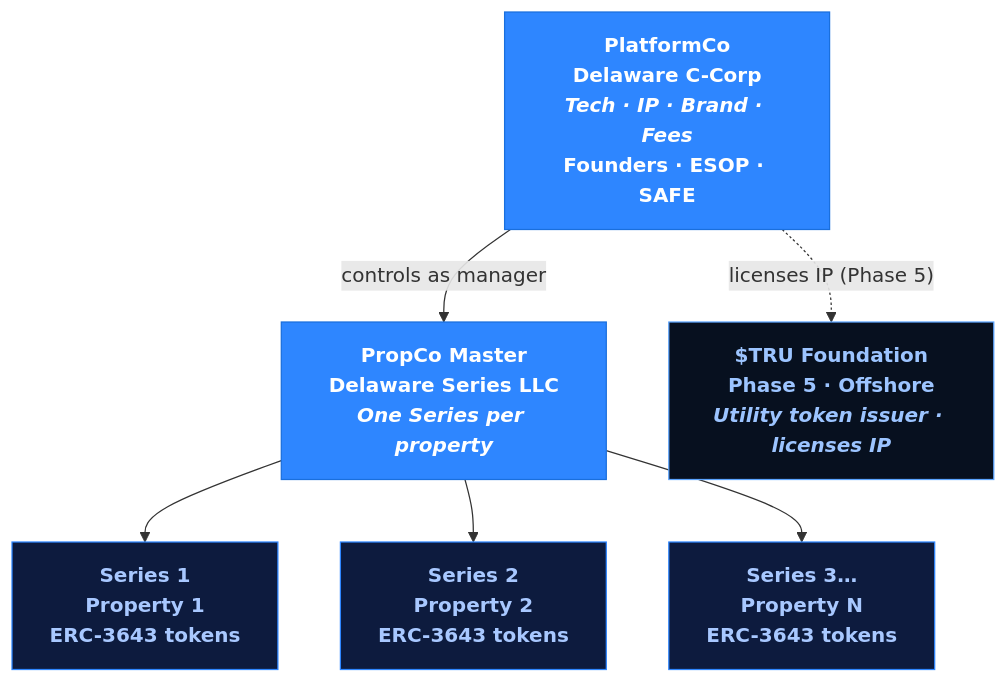
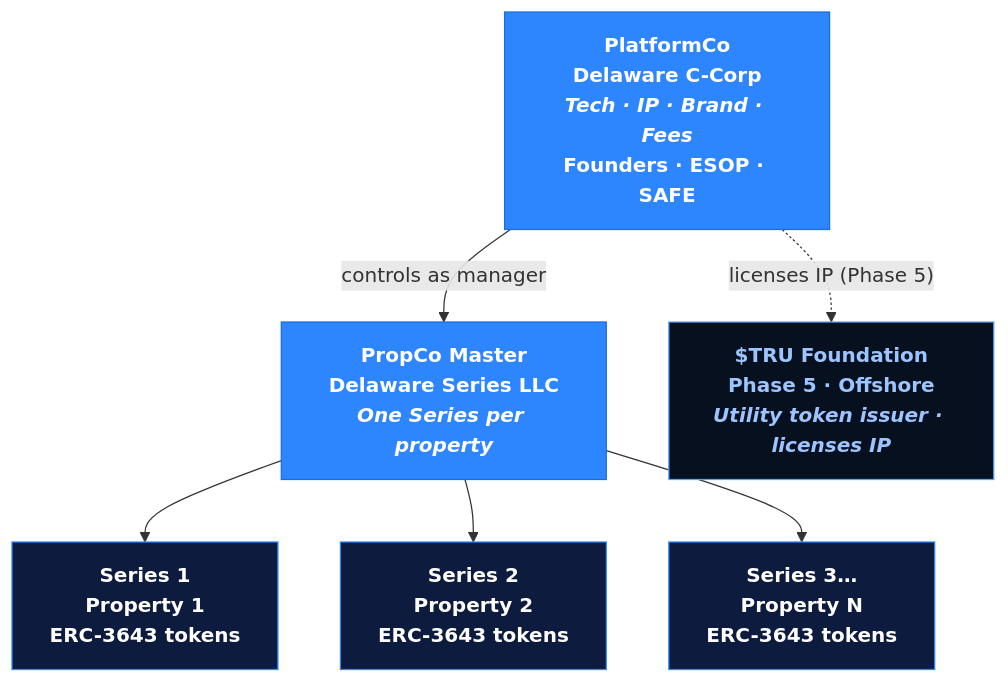
The diagram in docs/corporate-structure.md (Gur-noor/Property-United), drawn with Mermaid before and after one commit. The commit also changed other lines of this file and 14 other files, not shown here.

````diff
--- a/docs/corporate-structure.md
+++ b/docs/corporate-structure.md
@@ -11,22 +11,22 @@
 ```mermaid
 flowchart TD
     P["<b>PlatformCo</b><br/>Delaware C-Corp<br/><i>Tech · IP · Brand · Fees</i><br/>Founders · ESOP · SAFE"]
     M["<b>PropCo Master</b><br/>Delaware Series LLC<br/><i>One Series per property</i>"]
     S1["<b>Series 1</b><br/>Property 1<br/>ERC-3643 tokens"]
     S2["<b>Series 2</b><br/>Property 2<br/>ERC-3643 tokens"]
     S3["<b>Series 3…</b><br/>Property N<br/>ERC-3643 tokens"]
     F["<b>$TRU Foundation</b><br/>Phase 5 · Offshore<br/><i>Utility token issuer · licenses IP</i>"]
 
     P -- "controls as manager" --> M
     M --> S1
     M --> S2
     M --> S3
     P -. "licenses IP (Phase 5)" .-> F
 
     classDef platform fill:#2E86FF,stroke:#1a6fdd,color:#fff,font-weight:bold;
-    classDef series fill:#0d1b3e,stroke:#2E86FF,color:#a8c8ff,font-weight:600;
+    classDef series fill:#0d1b3e,stroke:#2E86FF,color:#ffffff,font-weight:600;
     classDef foundation fill:#07101f,stroke:#5ba4ff,color:#9cc4ff,font-weight:600;
     class P,M platform;
     class S1,S2,S3 series;
     class F foundation;
 ```
````
